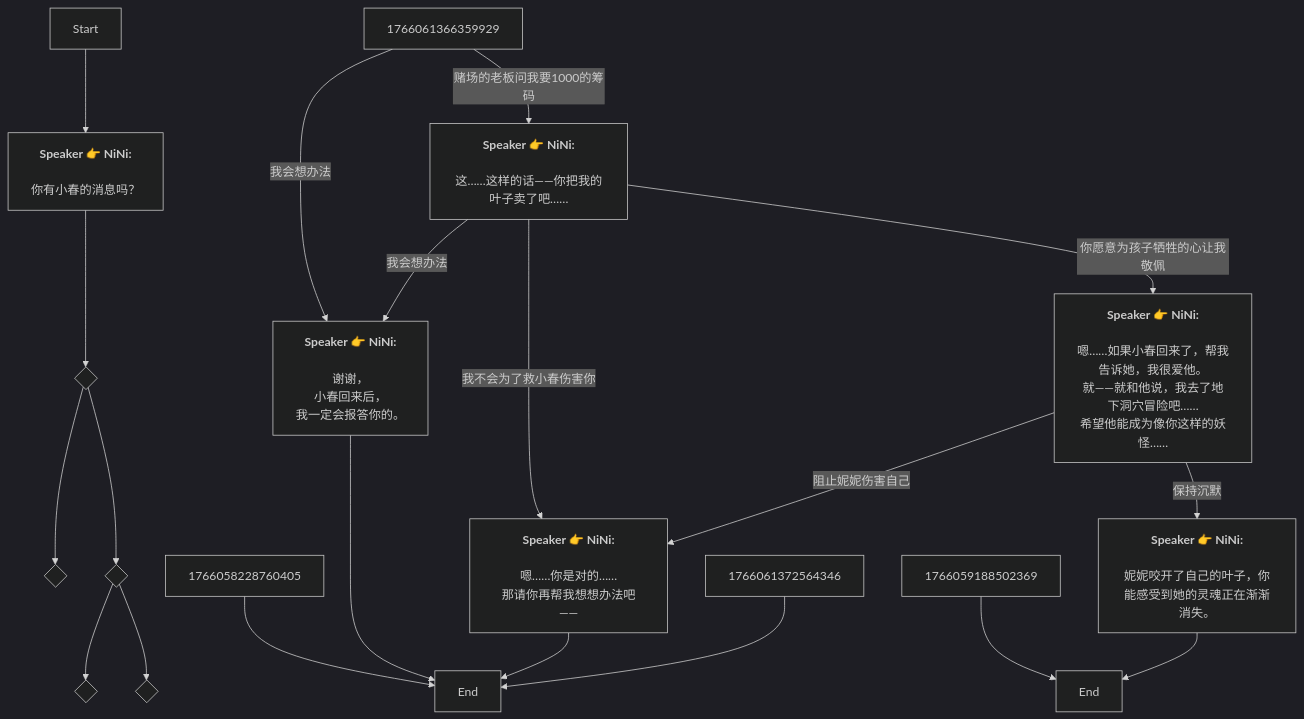
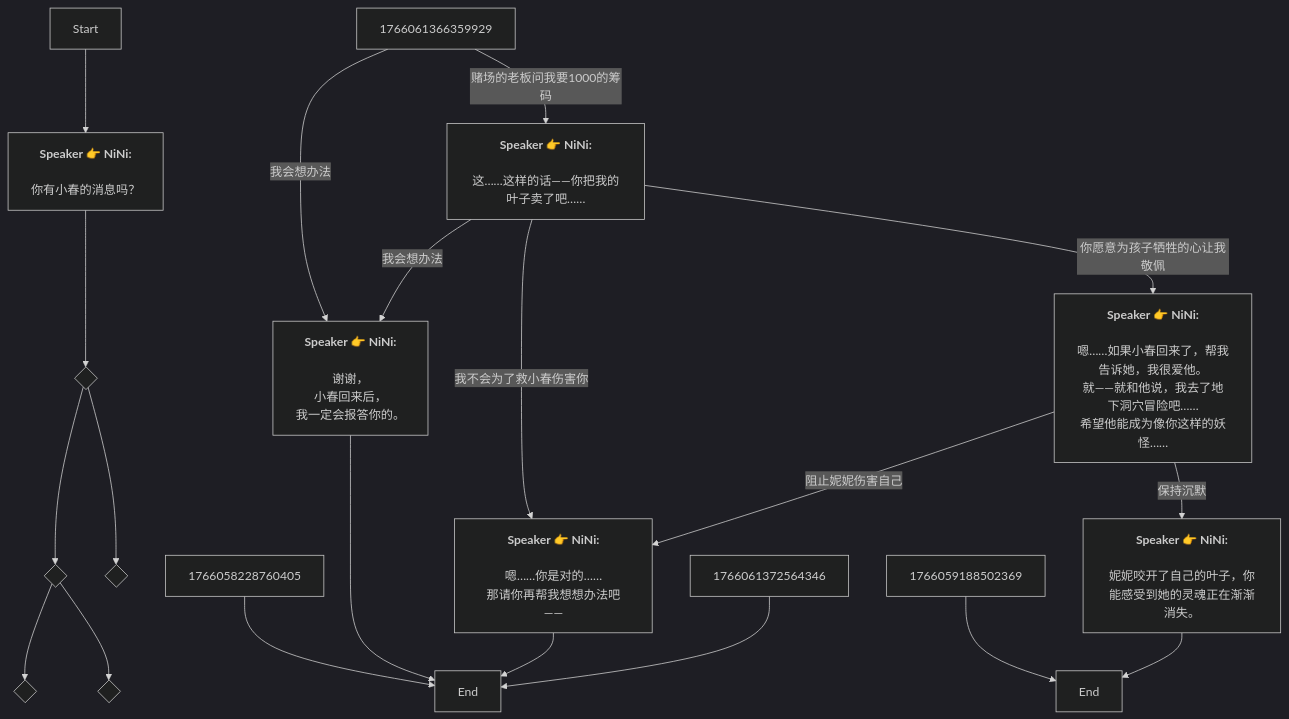
Before and after one commit to SoftHu/tos_avg: the diagram in Zh/QuestNPCDeliveryENode_1766057877860170.md, drawn with Mermaid (dark theme). The commit also changed other lines of this file and 780 other files, not shown here.

````diff
--- a/Zh/QuestNPCDeliveryENode_1766057877860170.md
+++ b/Zh/QuestNPCDeliveryENode_1766057877860170.md
@@ -1,35 +1,35 @@
 ```mermaid
 graph
 Start -->1766058228759378[<b>Speaker 👉 NiNi:</b>
 \n你有小春的消息吗？]
 1766058228759378 -->1766058184354637{ }
+1766058184354637 -->1766060995138419{ }
 1766058184354637 -->1766058228759380{ }
-1766058184354637 -->1766060995138419{ }
 1766058228760405 -->1766058228761430[End]
 1766059188502369 -->1766059416893282[End]
+1766060995138419 -->1766061220162424{ }
 1766060995138419 -->1766058832767834{ }
-1766060995138419 -->1766061220162424{ }
+1766061366359929 -->|赌场的老板问我要1000的筹码|1766061471389569[<b>Speaker 👉 NiNi:</b>
+\n这……这样的话——你把我的叶子卖了吧……]
 1766061366359929 -->|我会想办法|1766061455267712[<b>Speaker 👉 NiNi:</b>
 \n谢谢，
 小春回来后，
 我一定会报答你的。]
-1766061366359929 -->|赌场的老板问我要1000的筹码|1766061471389569[<b>Speaker 👉 NiNi:</b>
-\n这……这样的话——你把我的叶子卖了吧……]
 1766061455267712 -->1766058228761430[End]
-1766061471389569 -->|我不会为了救小春伤害你|1766061547048841[<b>Speaker 👉 NiNi:</b>
-\n嗯……你是对的……\n那请你再帮我想想办法吧——]
-1766061471389569 -->|你愿意为孩子牺牲的心让我敬佩|1766061575944074[<b>Speaker 👉 NiNi:</b>
-\n嗯……如果小春回来了，帮我告诉她，我很爱他。\n就——就和他说，我去了地下洞穴冒险吧……\n希望他能成为像你这样的妖怪……]
 1766061471389569 -->|我会想办法|1766061455267712[<b>Speaker 👉 NiNi:</b>
 \n谢谢，
 小春回来后，
 我一定会报答你的。]
+1766061471389569 -->|你愿意为孩子牺牲的心让我敬佩|1766061575944074[<b>Speaker 👉 NiNi:</b>
+\n嗯……如果小春回来了，帮我告诉她，我很爱他。\n就——就和他说，我去了地下洞穴冒险吧……\n希望他能成为像你这样的妖怪……]
+1766061471389569 -->|我不会为了救小春伤害你|1766061547048841[<b>Speaker 👉 NiNi:</b>
+\n嗯……你是对的……\n那请你再帮我想想办法吧——]
 1766061547048841 -->1766058228761430[End]
+1766061575944074 -->|保持沉默|1766061898342288[<b>Speaker 👉 NiNi:</b>
+\n妮妮咬开了自己的叶子，你能感受到她的灵魂正在渐渐消失。]
 1766061575944074 -->|阻止妮妮伤害自己|1766061547048841[<b>Speaker 👉 NiNi:</b>
 \n嗯……你是对的……\n那请你再帮我想想办法吧——]
-1766061575944074 -->|保持沉默|1766061898342288[<b>Speaker 👉 NiNi:</b>
-\n妮妮咬开了自己的叶子，你能感受到她的灵魂正在渐渐消失。]
 1766061898342288 -->1766059416893282[End]
 1766061372564346 -->1766058228761430[End]
 
 ```
````
